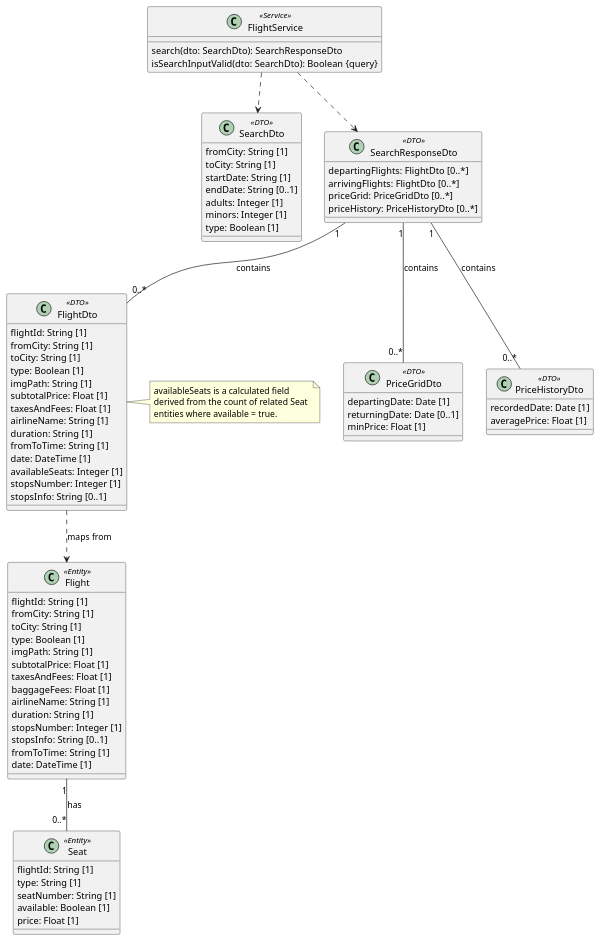
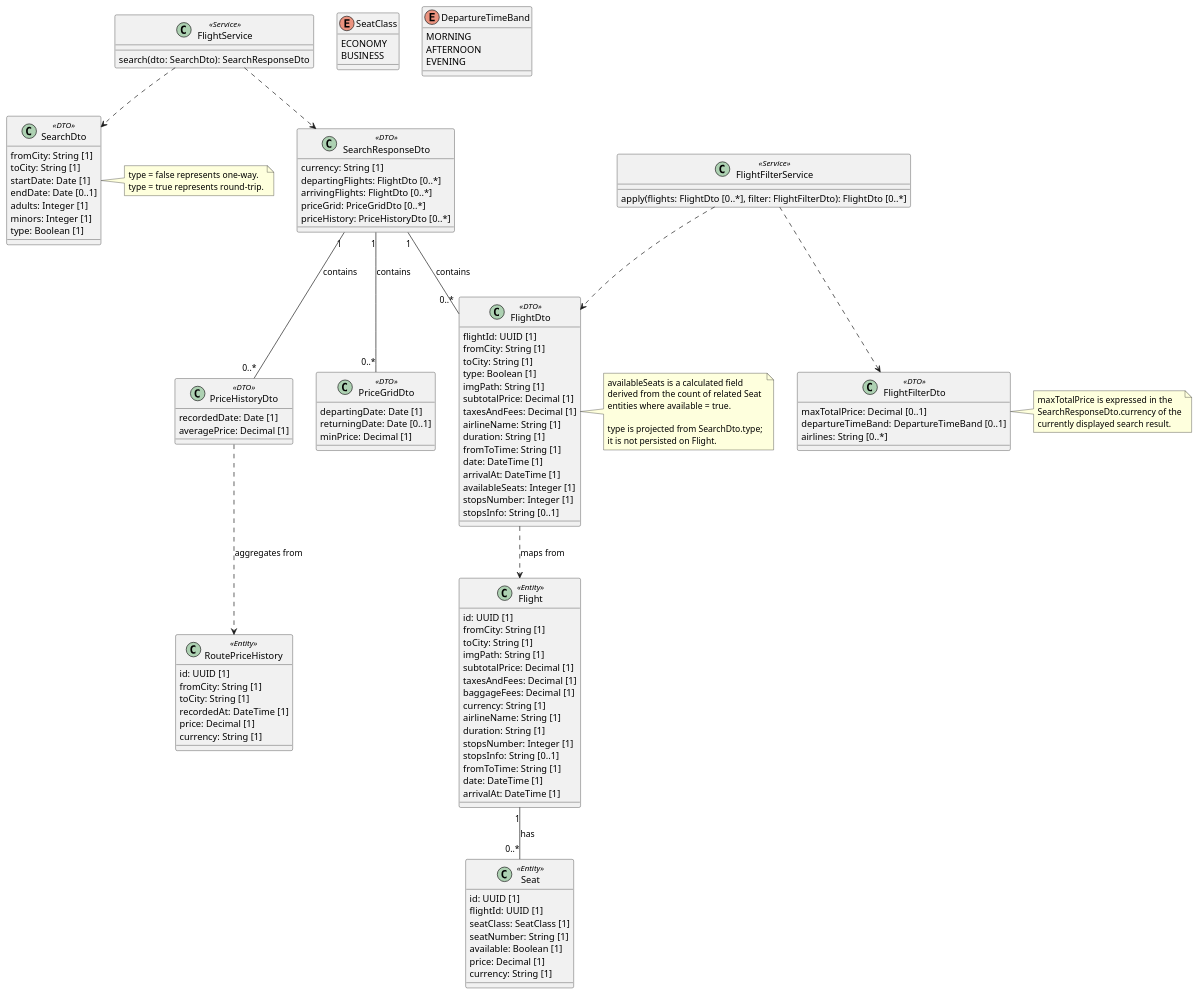
Before and after one commit to khanhNguyenHong2311/VT-TripmaSpecification: the diagram in 01-inception/use-cases/uc-01-search-flights.md, drawn with PlantUML. The commit also changed other lines of this file and 3 other files, not shown here.

```diff
--- a/01-inception/use-cases/uc-01-search-flights.md
+++ b/01-inception/use-cases/uc-01-search-flights.md
@@ -127,52 +117,70 @@
 @startuml
 
 class Flight <<Entity>> {
-  flightId: String [1]
+  id: UUID [1]
   fromCity: String [1]
   toCity: String [1]
-  type: Boolean [1]
   imgPath: String [1]
-  subtotalPrice: Float [1]
-  taxesAndFees: Float [1]
-  baggageFees: Float [1]
+  subtotalPrice: Decimal [1]
+  taxesAndFees: Decimal [1]
+  baggageFees: Decimal [1]
+  currency: String [1]
   airlineName: String [1]
   duration: String [1]
   stopsNumber: Integer [1]
   stopsInfo: String [0..1]
   fromToTime: String [1]
   date: DateTime [1]
+  arrivalAt: DateTime [1]
 }
 
 class Seat <<Entity>> {
-  flightId: String [1]
-  type: String [1]
+  id: UUID [1]
+  flightId: UUID [1]
+  seatClass: SeatClass [1]
   seatNumber: String [1]
   available: Boolean [1]
-  price: Float [1]
+  price: Decimal [1]
+  currency: String [1]
+}
+
+enum SeatClass {
+  ECONOMY
+  BUSINESS
+}
+
+class RoutePriceHistory <<Entity>> {
+  id: UUID [1]
+  fromCity: String [1]
+  toCity: String [1]
+  recordedAt: DateTime [1]
+  price: Decimal [1]
+  currency: String [1]
 }
 
 class SearchDto <<DTO>> {
   fromCity: String [1]
   toCity: String [1]
-  startDate: String [1]
-  endDate: String [0..1]
+  startDate: Date [1]
+  endDate: Date [0..1]
   adults: Integer [1]
   minors: Integer [1]
   type: Boolean [1]
 }
 
 class FlightDto <<DTO>> {
-  flightId: String [1]
+  flightId: UUID [1]
   fromCity: String [1]
   toCity: String [1]
   type: Boolean [1]
   imgPath: String [1]
-  subtotalPrice: Float [1]
-  taxesAndFees: Float [1]
+  subtotalPrice: Decimal [1]
+  taxesAndFees: Decimal [1]
   airlineName: String [1]
   duration: String [1]
   fromToTime: String [1]
   date: DateTime [1]
+  arrivalAt: DateTime [1]
   availableSeats: Integer [1]
   stopsNumber: Integer [1]
   stopsInfo: String [0..1]
@@ -181,15 +189,28 @@
 class PriceGridDto <<DTO>> {
   departingDate: Date [1]
   returningDate: Date [0..1]
-  minPrice: Float [1]
+  minPrice: Decimal [1]
 }
 
 class PriceHistoryDto <<DTO>> {
   recordedDate: Date [1]
-  averagePrice: Float [1]
+  averagePrice: Decimal [1]
+}
+
+enum DepartureTimeBand {
+  MORNING
+  AFTERNOON
+  EVENING
+}
+
+class FlightFilterDto <<DTO>> {
+  maxTotalPrice: Decimal [0..1]
+  departureTimeBand: DepartureTimeBand [0..1]
+  airlines: String [0..*]
 }
 
 class SearchResponseDto <<DTO>> {
+  currency: String [1]
   departingFlights: FlightDto [0..*]
   arrivingFlights: FlightDto [0..*]
   priceGrid: PriceGridDto [0..*]
@@ -198,23 +219,43 @@
 
 class FlightService <<Service>> {
   search(dto: SearchDto): SearchResponseDto
-  isSearchInputValid(dto: SearchDto): Boolean {query}
+}
+
+class FlightFilterService <<Service>> {
+  apply(flights: FlightDto [0..*], filter: FlightFilterDto): FlightDto [0..*]
 }
 
 Flight "1" -- "0..*" Seat : has
 
 FlightService ..> SearchDto
 FlightService ..> SearchResponseDto
+FlightFilterService ..> FlightFilterDto
+FlightFilterService ..> FlightDto
 
 SearchResponseDto "1" -- "0..*" FlightDto : contains
 SearchResponseDto "1" -- "0..*" PriceGridDto : contains
 SearchResponseDto "1" -- "0..*" PriceHistoryDto : contains
 FlightDto ..> Flight : maps from
+PriceHistoryDto ..> RoutePriceHistory : aggregates from
 
 note right of FlightDto
   availableSeats is a calculated field 
   derived from the count of related Seat 
   entities where available = true.
+
+  type is projected from SearchDto.type;
+  it is not persisted on Flight.
+end note
+
+note right of SearchDto
+  type = false represents one-way.
+  type = true represents round-trip.
+end note
+
+note right of FlightFilterDto
+  maxTotalPrice is expressed in the
+  SearchResponseDto.currency of the
+  currently displayed search result.
 end note
 
 @enduml
```
